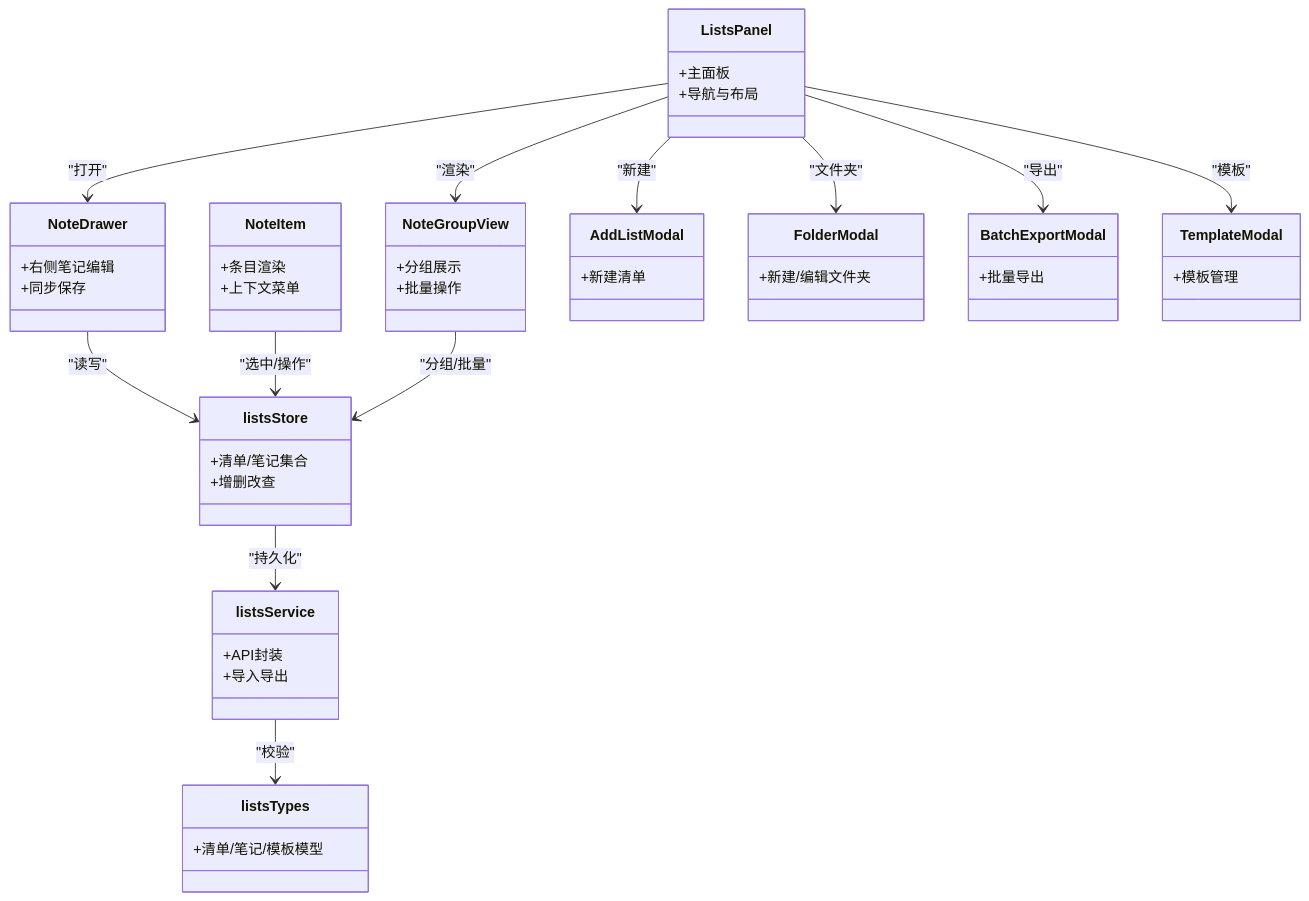
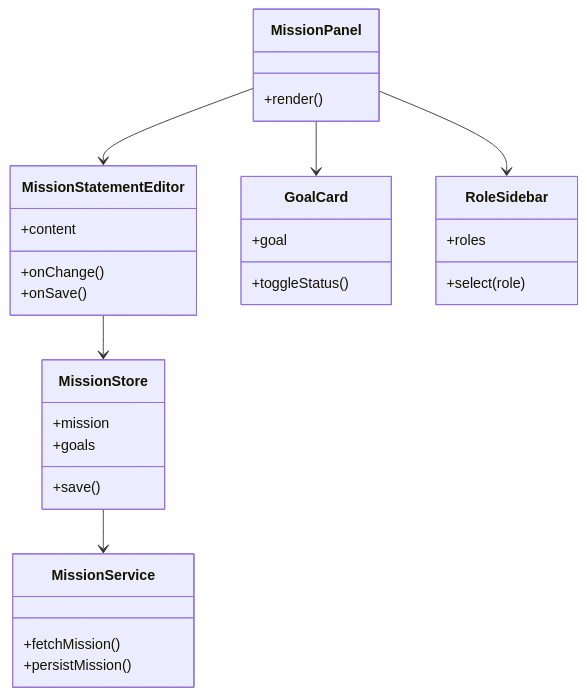
Before and after one commit to gzdxhujiale/FishWorker: the eighth of 9 diagrams in .qoder/repowiki/zh/content/核心功能模块/核心功能模块.md, drawn with Mermaid. The commit also changed other lines of this file and 238 other files, not shown here.

````diff
--- a/.qoder/repowiki/zh/content/核心功能模块/核心功能模块.md
+++ b/.qoder/repowiki/zh/content/核心功能模块/核心功能模块.md
@@ -402,53 +438,33 @@
 ```mermaid
 classDiagram
-class ListsPanel {
-+主面板
-+导航与布局
+class MissionPanel {
++render()
 }
-class NoteDrawer {
-+右侧笔记编辑
-+同步保存
+class MissionStatementEditor {
++content
++onChange()
++onSave()
 }
-class NoteItem {
-+条目渲染
-+上下文菜单
+class MissionStore {
++mission
++goals
++save()
 }
-class NoteGroupView {
-+分组展示
-+批量操作
+class MissionService {
++fetchMission()
++persistMission()
 }
-class AddListModal {
-+新建清单
+class GoalCard {
++goal
++toggleStatus()
 }
-class FolderModal {
-+新建/编辑文件夹
+class RoleSidebar {
++roles
++select(role)
 }
-class BatchExportModal {
-+批量导出
-}
-class TemplateModal {
-+模板管理
-}
-class listsStore {
-+清单/笔记集合
-+增删改查
-}
-class listsService {
-+API封装
-+导入导出
-}
-class listsTypes {
-+清单/笔记/模板模型
-}
-ListsPanel --> NoteDrawer : "打开"
-ListsPanel --> NoteGroupView : "渲染"
-ListsPanel --> AddListModal : "新建"
-ListsPanel --> FolderModal : "文件夹"
-ListsPanel --> BatchExportModal : "导出"
-ListsPanel --> TemplateModal : "模板"
-NoteDrawer --> listsStore : "读写"
-NoteItem --> listsStore : "选中/操作"
-NoteGroupView --> listsStore : "分组/批量"
-listsStore --> listsService : "持久化"
-listsService --> listsTypes : "校验"
+MissionPanel --> MissionStatementEditor
+MissionPanel --> GoalCard
+MissionPanel --> RoleSidebar
+MissionStatementEditor --> MissionStore
+MissionStore --> MissionService
 ```
````
